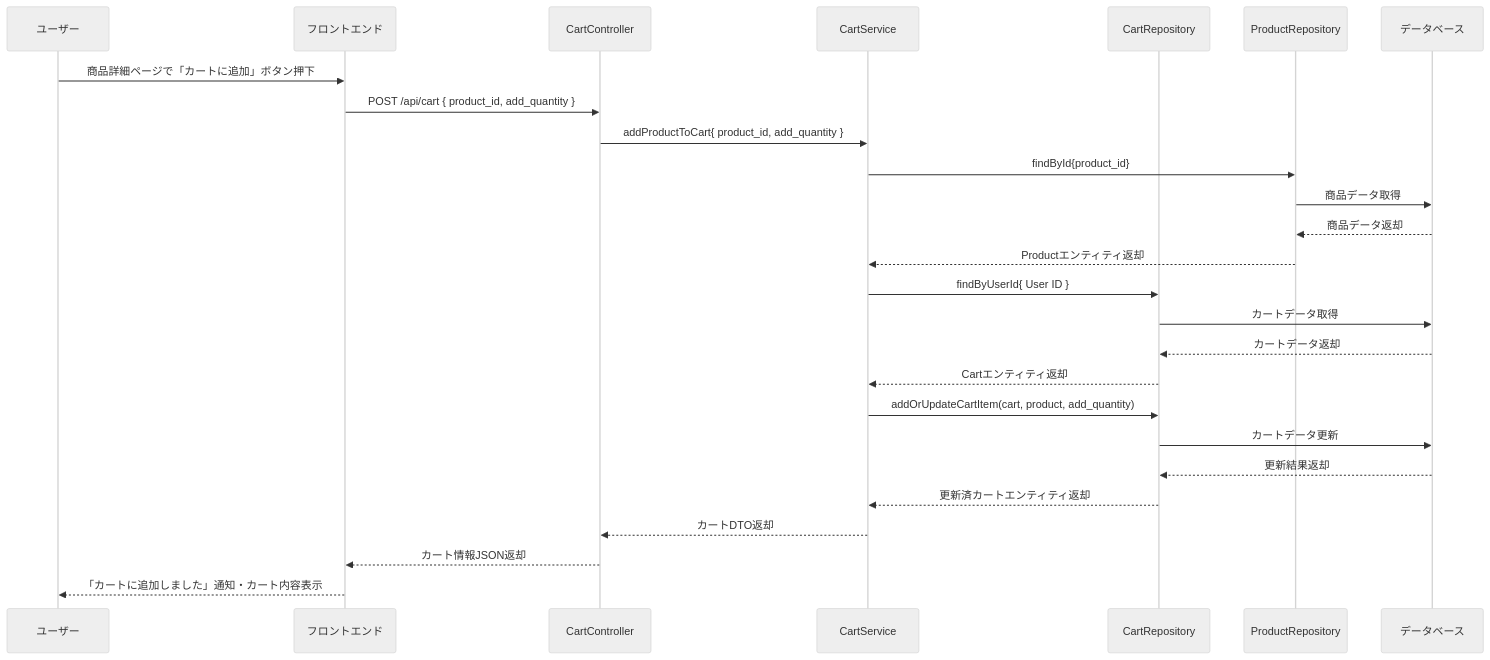
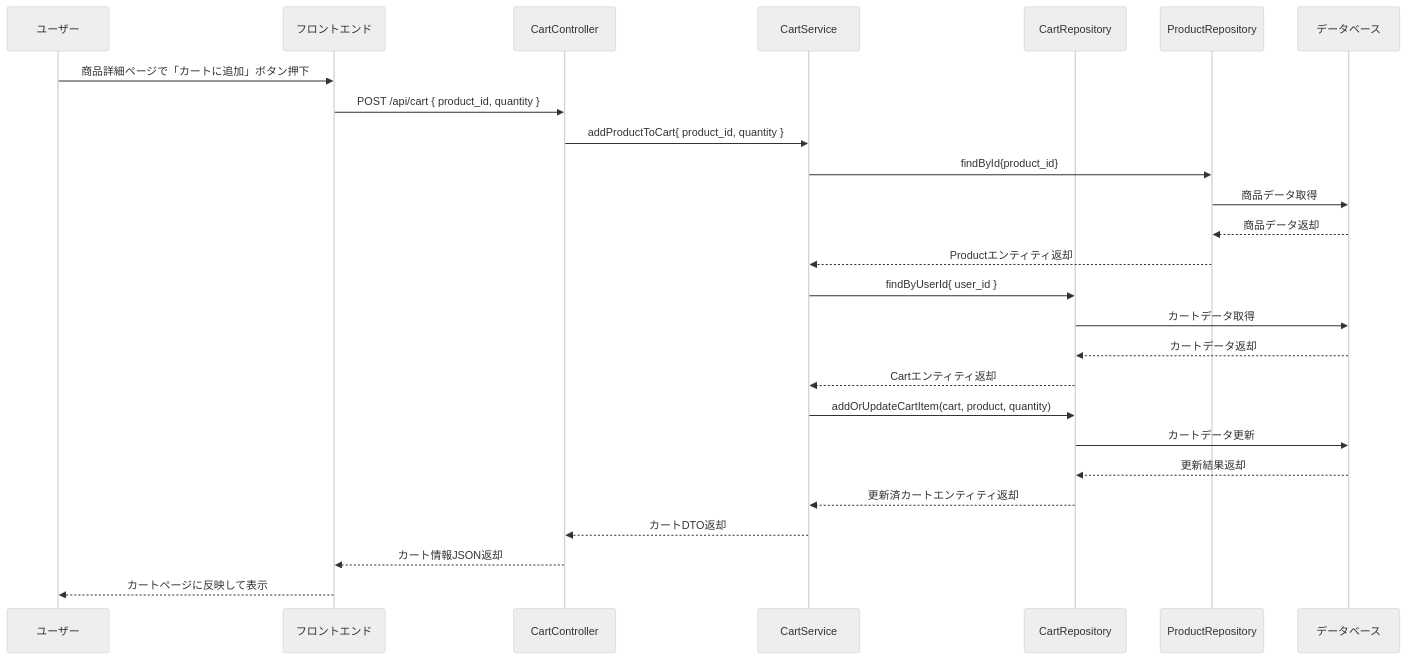
One commit to Aoi-Yaegashi/teamF changed the fourth of 29 diagrams in 詳細設計/担当B_村田/3.2 機能詳細.md. Above: the diagram before and after it, drawn with Mermaid (neutral theme). The commit also changed other lines of this file and 1 other file, not shown here.

```diff
--- a/詳細設計/担当B_村田/3.2 機能詳細.md
+++ b/詳細設計/担当B_村田/3.2 機能詳細.md
@@ -104,29 +104,29 @@
    <div class="mermaid">
    sequenceDiagram
     participant User as ユーザー
     participant Browser as フロントエンド
     participant CartController as CartController
     participant CartService as CartService
     participant CartRepo as CartRepository
     participant ProductRepo as ProductRepository
     participant DB as データベース
 
     User->>Browser: 商品詳細ページで「カートに追加」ボタン押下
-    Browser->>CartController: POST /api/cart { product_id, add_quantity }
-    CartController->>CartService: addProductToCart{ product_id, add_quantity }
+    Browser->>CartController: POST /api/cart { product_id, quantity }
+    CartController->>CartService: addProductToCart{ product_id, quantity }
     CartService->>ProductRepo: findById{product_id}
     ProductRepo->>DB: 商品データ取得
     DB-->>ProductRepo: 商品データ返却
     ProductRepo-->>CartService: Productエンティティ返却
-    CartService->>CartRepo: findByUserId{ User ID }
+    CartService->>CartRepo: findByUserId{ user_id }
     CartRepo->>DB: カートデータ取得
     DB-->>CartRepo: カートデータ返却
     CartRepo-->>CartService: Cartエンティティ返却
-    CartService->>CartRepo: addOrUpdateCartItem(cart, product, add_quantity)
+    CartService->>CartRepo: addOrUpdateCartItem(cart, product, quantity)
     CartRepo->>DB: カートデータ更新
     DB-->>CartRepo: 更新結果返却
     CartRepo-->>CartService: 更新済カートエンティティ返却
     CartService-->>CartController: カートDTO返却
     CartController-->>Browser: カート情報JSON返却
-    Browser-->>User: 「カートに追加しました」通知・カート内容表示
+    Browser-->>User: カートページに反映して表示
 </div>
```
